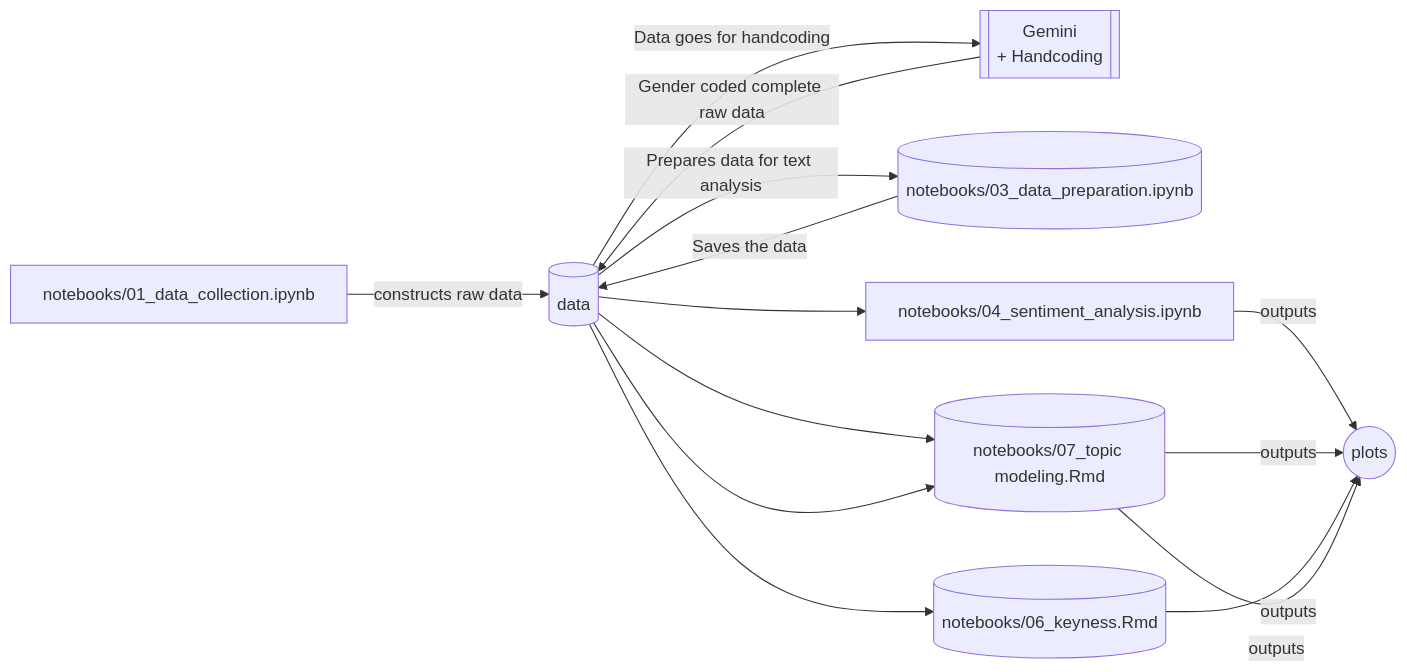
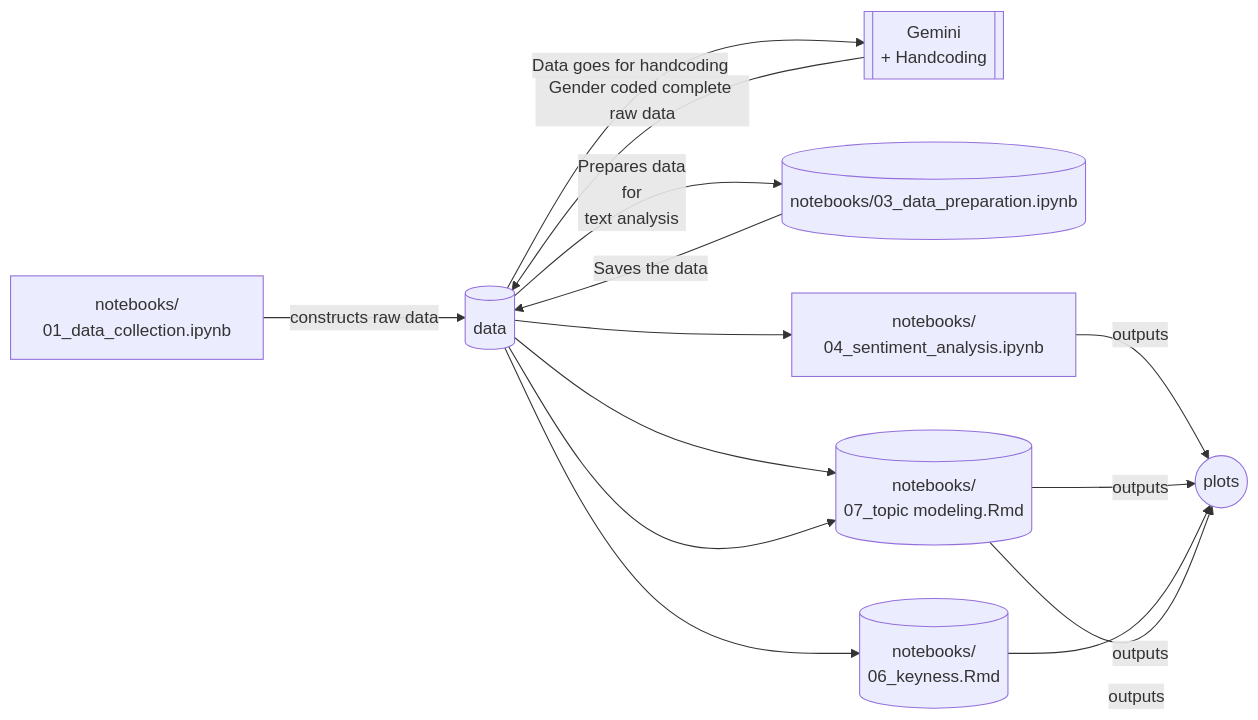
The diagram in README.md (TAD600/Audience_Discourse_Gender_Stereotype), drawn with Mermaid before and after one commit.

Commit message:
Format notebook paths for better readability

````diff
--- a/README.md
+++ b/README.md
@@ -9,17 +9,17 @@
 ```mermaid
 flowchart LR
-    A[notebooks/01_data_collection.ipynb] -->|constructs raw data| B[(data)]
+    A[notebooks/\n01_data_collection.ipynb] -->|constructs raw data| B[(data)]
     B -->|Data goes for handcoding| C[[Gemini\n + Handcoding]]
     C -->|Gender coded complete raw data|B
-    B -->|Prepares data for text analysis| D[(notebooks/03_data_preparation.ipynb)]
+    B -->|Prepares data\n for\n text analysis| D[(notebooks/03_data_preparation.ipynb)]
     D -->|Saves the data|B
-    B --> E[notebooks/04_sentiment_analysis.ipynb]
+    B --> E[notebooks/\n04_sentiment_analysis.ipynb]
     E -->|outputs| F((plots))
-    B --> G[notebooks/05_exploratory analysis.Rmd]
+    B --> G[notebooks/\n05_exploratory analysis.Rmd]
     G -->|outputs| F((plots))
-    B --> H[(notebooks/06_keyness.Rmd)]
+    B --> H[(notebooks/\n06_keyness.Rmd)]
     H --> |outputs| F((plots))
-    B --> G[(notebooks/07_topic modeling.Rmd)]
+    B --> G[(notebooks/\n07_topic modeling.Rmd)]
     G --> |outputs| F((plots))
 
 ```
````
